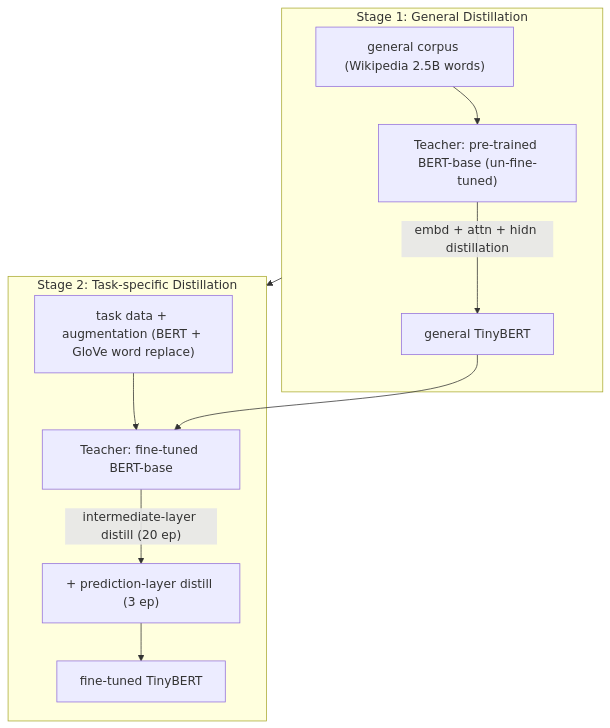
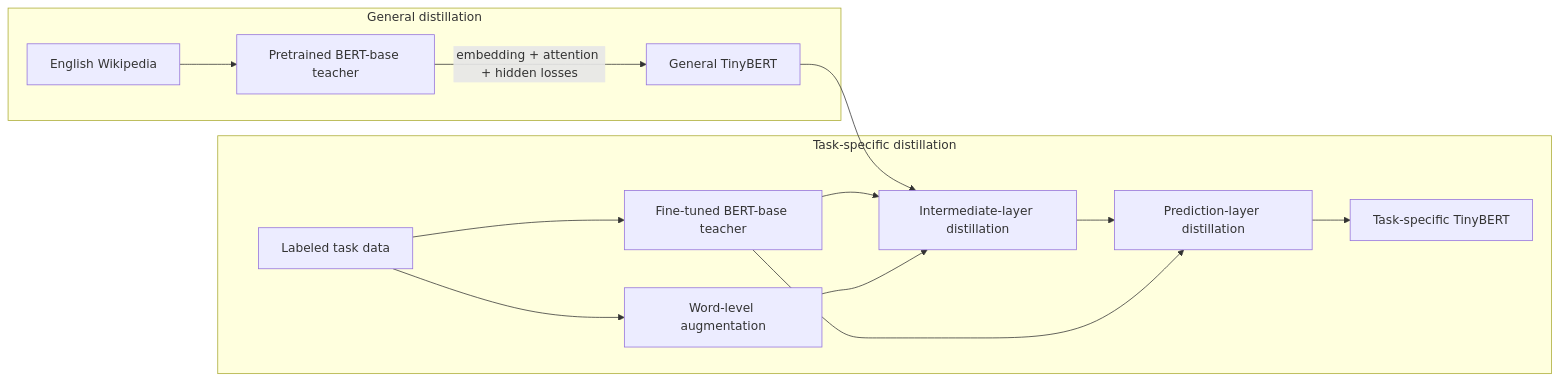
One commit to greenlet/mllm changed the diagram in docs/papers/distill_2019_tinybert.md. Above: the diagram before and after it, drawn with Mermaid. The commit also changed other lines of this file and 5 other files, not shown here.

Commit message:
BERT TinyBERT paper review

````diff
--- a/docs/papers/distill_2019_tinybert.md
+++ b/docs/papers/distill_2019_tinybert.md
@@ -46,14 +98,17 @@
 ```mermaid
-flowchart TB
-  subgraph GD["Stage 1: General Distillation"]
-    C["general corpus (Wikipedia 2.5B words)"] --> TB1["Teacher: pre-trained BERT-base (un-fine-tuned)"]
-    TB1 -->|"embd + attn + hidn distillation"| GT["general TinyBERT"]
+flowchart LR
+  subgraph GD["General distillation"]
+    W["English Wikipedia"] --> PT["Pretrained BERT-base teacher"]
+    PT -->|"embedding + attention + hidden losses"| G["General TinyBERT"]
   end
-  subgraph TD["Stage 2: Task-specific Distillation"]
-    A["task data + augmentation (BERT + GloVe word replace)"] --> TB2["Teacher: fine-tuned BERT-base"]
-    GT --> TB2
-    TB2 -->|"intermediate-layer distill (20 ep)"| I["+ prediction-layer distill (3 ep)"]
-    I --> FT["fine-tuned TinyBERT"]
+  subgraph TD["Task-specific distillation"]
+    D["Labeled task data"] --> FT["Fine-tuned BERT-base teacher"]
+    D --> A["Word-level augmentation"]
+    G --> I["Intermediate-layer distillation"]
+    FT --> I
+    A --> I
+    I --> P["Prediction-layer distillation"]
+    FT --> P
+    P --> S["Task-specific TinyBERT"]
   end
-  GD --> TD
 ```
````
